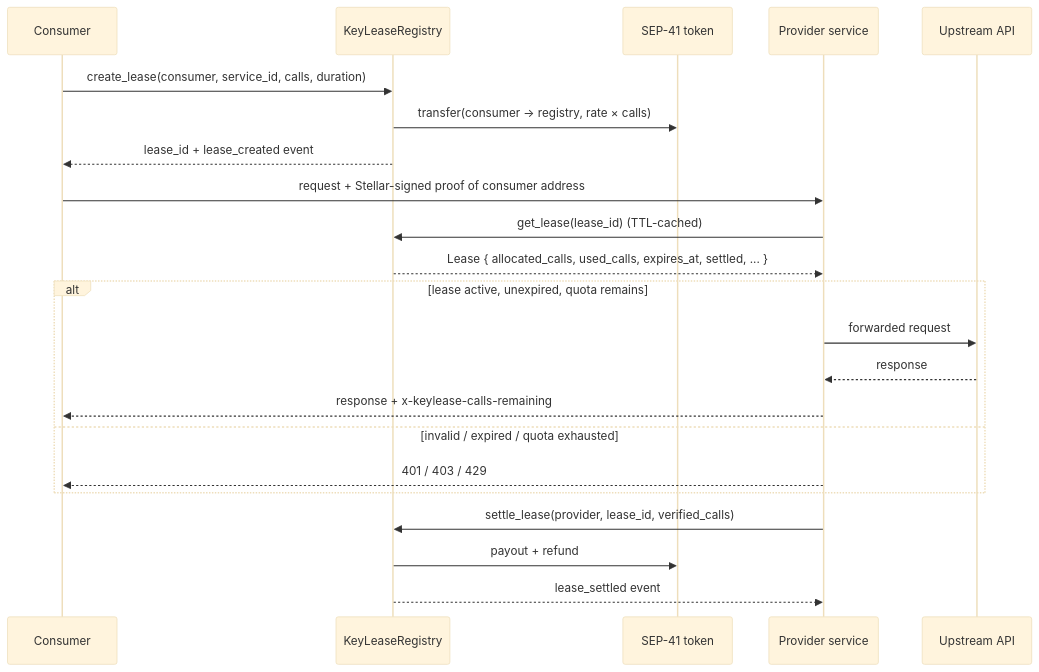
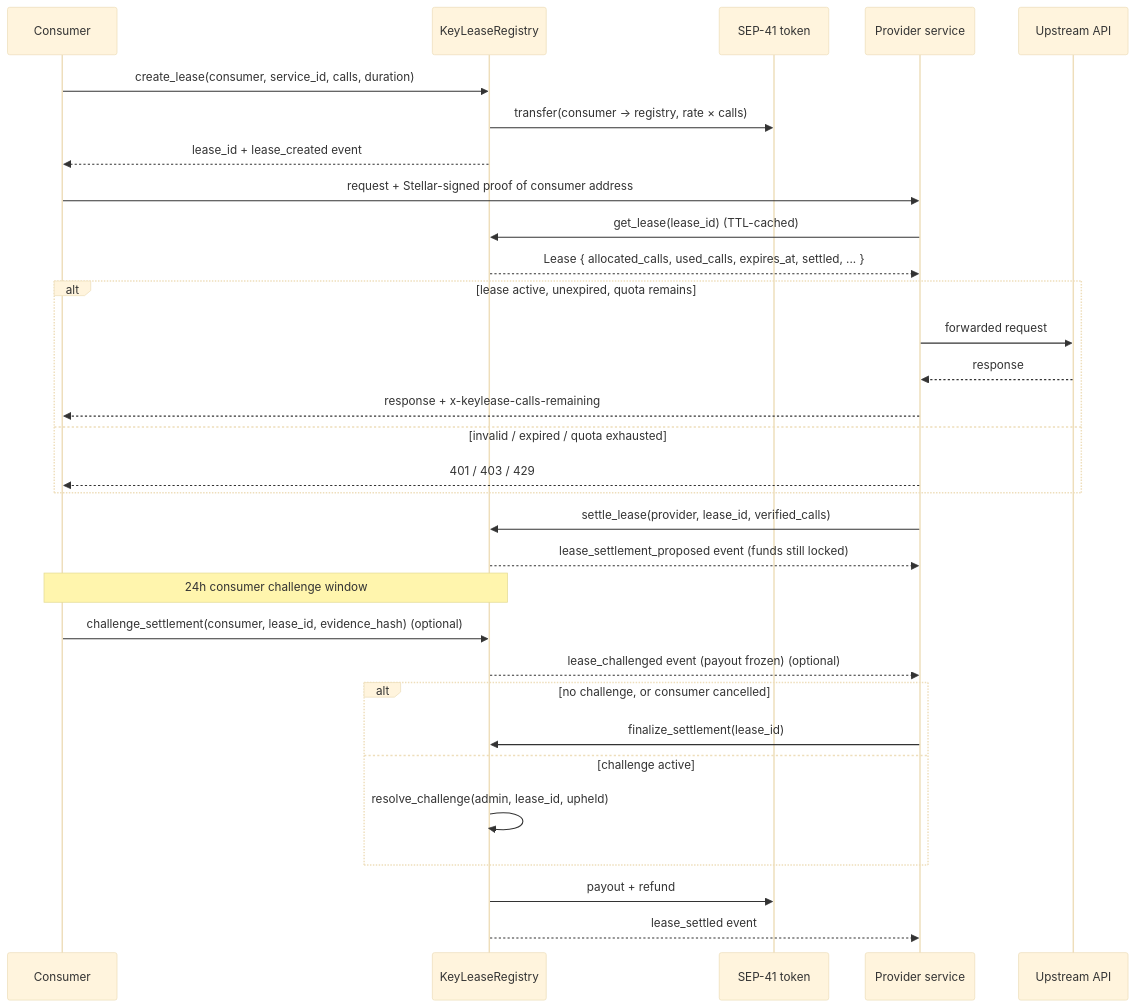
One commit to Adebisi-1/keylease-core changed the second of 5 diagrams in docs/architecture.md. Above: the diagram before and after it, drawn with Mermaid (base theme). The commit also changed other lines of this file and 19 other files, not shown here.

First line of the commit message:
Add a consumer challenge window before settlement pays out

````diff
--- a/docs/architecture.md
+++ b/docs/architecture.md
@@ -75,25 +76,34 @@
 ```mermaid
 sequenceDiagram
     participant C as Consumer
     participant R as KeyLeaseRegistry
     participant T as SEP-41 token
     participant P as Provider service
     participant U as Upstream API
 
     C->>R: create_lease(consumer, service_id, calls, duration)
     R->>T: transfer(consumer → registry, rate × calls)
     R-->>C: lease_id + lease_created event
     C->>P: request + Stellar-signed proof of consumer address
     P->>R: get_lease(lease_id)   (TTL-cached)
     R-->>P: Lease { allocated_calls, used_calls, expires_at, settled, ... }
     alt lease active, unexpired, quota remains
         P->>U: forwarded request
         U-->>P: response
         P-->>C: response + x-keylease-calls-remaining
     else invalid / expired / quota exhausted
         P-->>C: 401 / 403 / 429
     end
     P->>R: settle_lease(provider, lease_id, verified_calls)
+    R-->>P: lease_settlement_proposed event (funds still locked)
+    Note over C,R: 24h consumer challenge window
+    C->>R: challenge_settlement(consumer, lease_id, evidence_hash)  (optional)
+    R-->>P: lease_challenged event (payout frozen)  (optional)
+    alt no challenge, or consumer cancelled
+        P->>R: finalize_settlement(lease_id)
+    else challenge active
+        R->>R: resolve_challenge(admin, lease_id, upheld)
+    end
     R->>T: payout + refund
     R-->>P: lease_settled event
 ```
````
